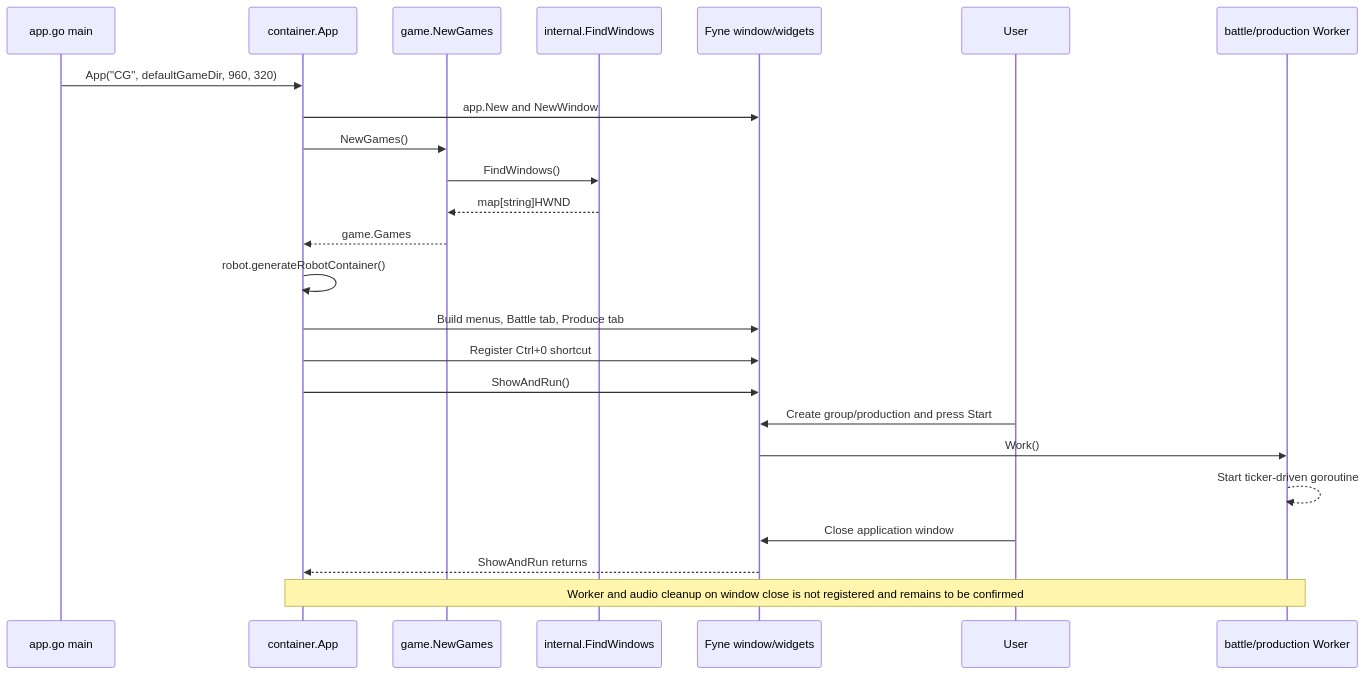
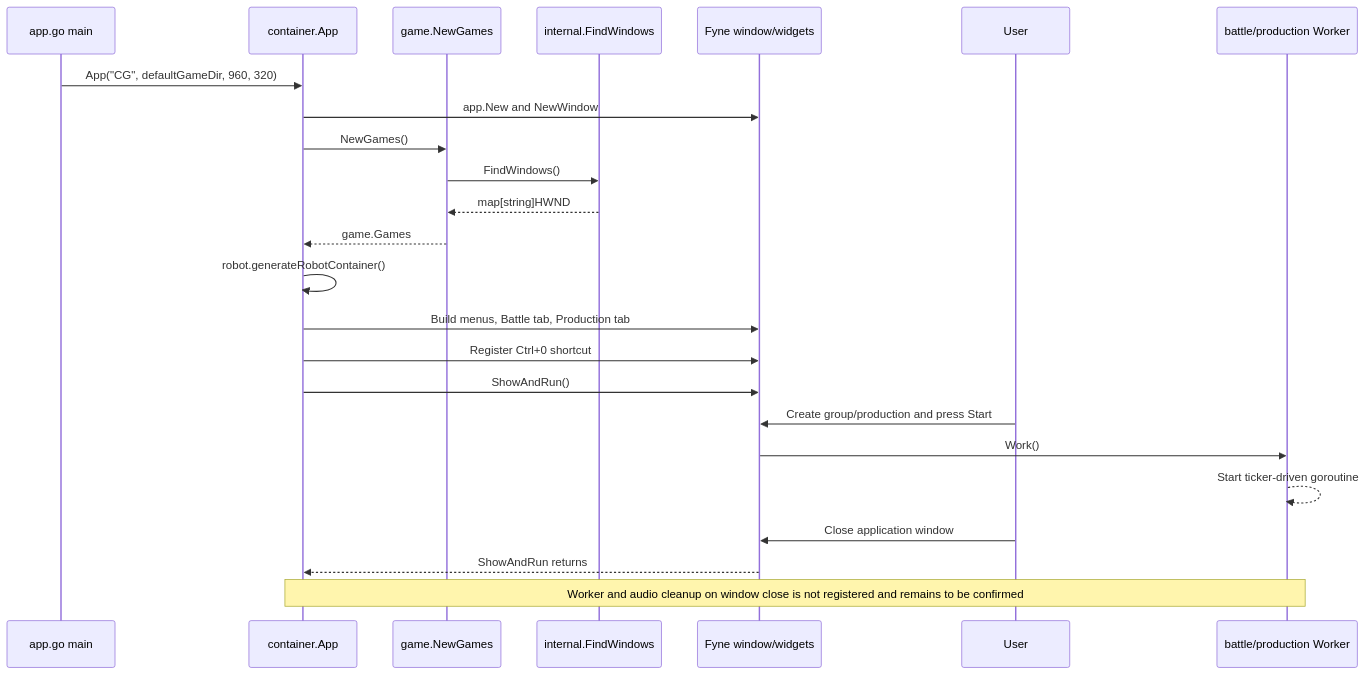
The second of 4 diagrams in docs/architecture.md (g70245/cg), drawn with Mermaid before and after one commit. The commit also changed other lines of this file and 13 other files, not shown here.

````diff
--- a/docs/architecture.md
+++ b/docs/architecture.md
@@ -195,27 +195,27 @@
 ```mermaid
 sequenceDiagram
     participant Main as app.go main
     participant App as container.App
     participant Game as game.NewGames
     participant Win as internal.FindWindows
     participant UI as Fyne window/widgets
     participant User as User
     participant Worker as battle/production Worker
 
     Main->>App: App("CG", defaultGameDir, 960, 320)
     App->>UI: app.New and NewWindow
     App->>Game: NewGames()
     Game->>Win: FindWindows()
     Win-->>Game: map[string]HWND
     Game-->>App: game.Games
     App->>App: robot.generateRobotContainer()
-    App->>UI: Build menus, Battle tab, Produce tab
+    App->>UI: Build menus, Battle tab, Production tab
     App->>UI: Register Ctrl+0 shortcut
     App->>UI: ShowAndRun()
     User->>UI: Create group/production and press Start
     UI->>Worker: Work()
     Worker-->>Worker: Start ticker-driven goroutine
     User->>UI: Close application window
     UI-->>App: ShowAndRun returns
     Note over App,Worker: Worker and audio cleanup on window close is not registered and remains to be confirmed
 ```
````
